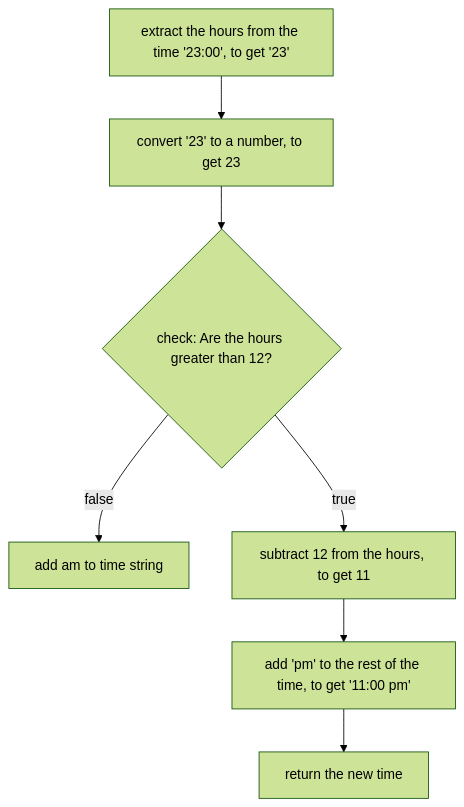
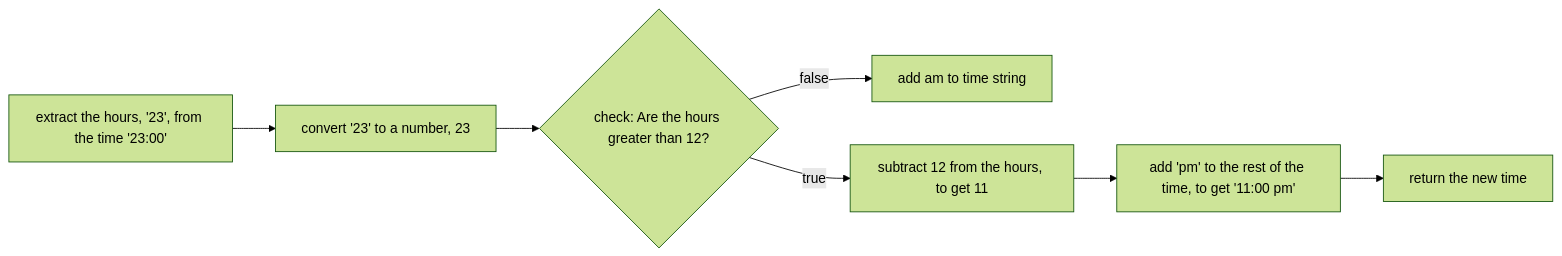
One commit to CodeYourFuture/curriculum changed the second of 2 diagrams in content/js1/blocks/strategy/index.md. Above: the diagram before and after it, drawn with Mermaid (forest theme). The commit also changed other lines of this file and 6 other files, not shown here.

````diff
--- a/content/js1/blocks/strategy/index.md
+++ b/content/js1/blocks/strategy/index.md
@@ -40,11 +37,11 @@
 ```mermaid
 
-flowchart TD
+flowchart LR
 
-A[extract the hours from the time '23:00', to get '23'] --> B[convert '23' to a number, to get 23]
+A[extract the hours, '23', from the time '23:00'] --> B[convert '23' to a number, 23]
 B --> C{check: Are the hours greater than 12?}
 C -- false --> D[add am to time string]
 C -- true --> E[subtract 12 from the hours, to get 11]
 E --> F[add 'pm' to the rest of the time, to get '11:00 pm']
 F --> G[return the new time]
 ```
````
